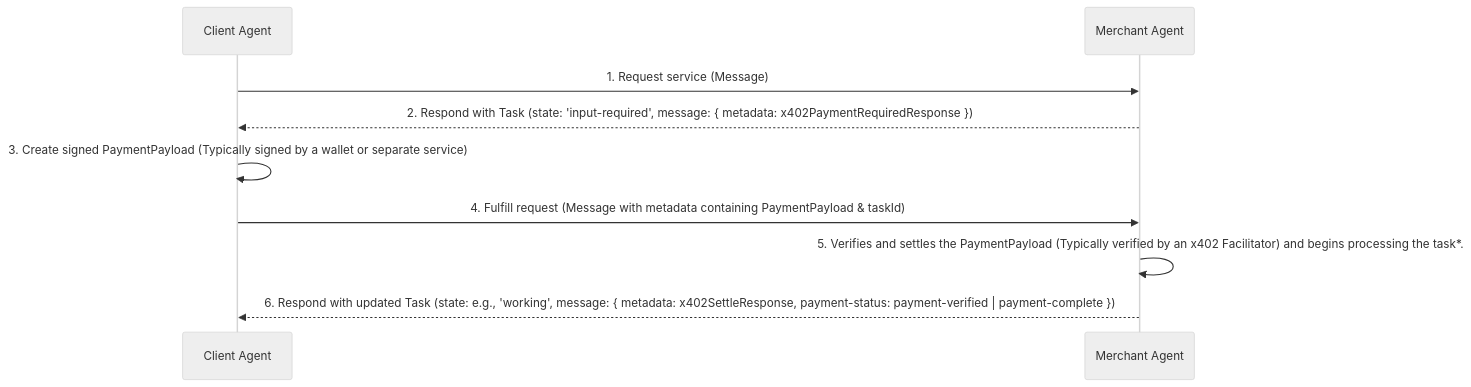
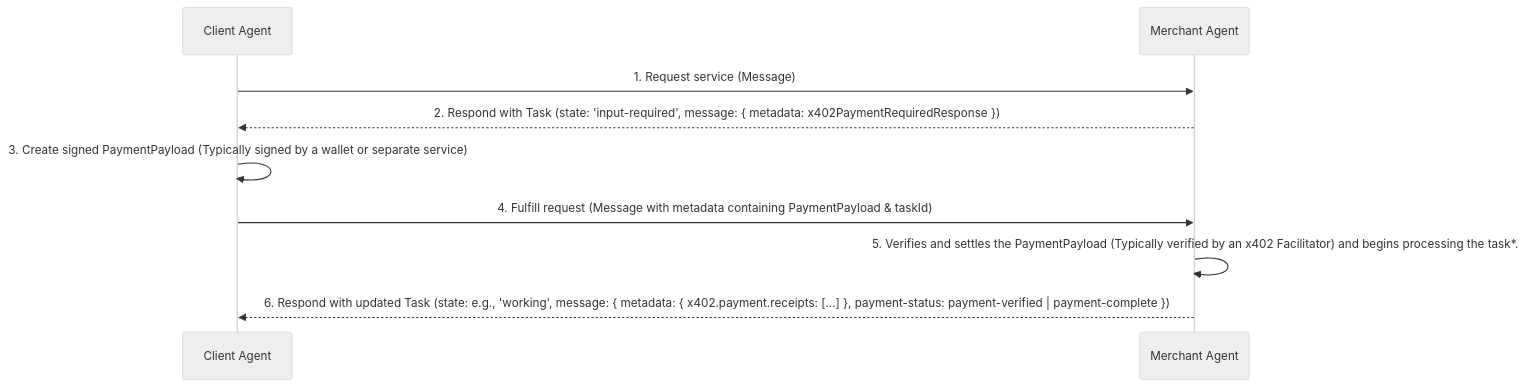
Before and after one commit to google-agentic-commerce/a2a-x402: the first of 2 diagrams in v0.1/spec.md, drawn with Mermaid (neutral theme). The commit also changed other lines of this file and 2 other files, not shown here.

Commit message:
minor updats on readmes and docs

````diff
--- a/v0.1/spec.md
+++ b/v0.1/spec.md
@@ -76,12 +76,12 @@
 ```mermaid
 sequenceDiagram
     participant Client Agent
     participant Merchant Agent
     Client Agent->>Merchant Agent: 1. Request service (Message)
     Merchant Agent-->>Client Agent: 2. Respond with Task (state: 'input-required', message: { metadata: x402PaymentRequiredResponse })
     Client Agent->>Client Agent: 3. Create signed PaymentPayload (Typically signed by a wallet or separate service)
     Client Agent->>Merchant Agent: 4. Fulfill request (Message with metadata containing PaymentPayload & taskId)
     Merchant Agent->>Merchant Agent: 5. Verifies and settles the PaymentPayload (Typically verified by an x402 Facilitator) and begins processing the task*.
-    Merchant Agent-->>Client Agent: 6. Respond with updated Task (state: e.g., 'working', message: { metadata: x402SettleResponse, payment-status: payment-verified | payment-complete })
+    Merchant Agent-->>Client Agent: 6. Respond with updated Task (state: e.g., 'working', message: { metadata: { x402.payment.receipts: [...] }, payment-status: payment-verified | payment-complete })
 
 ```
````
